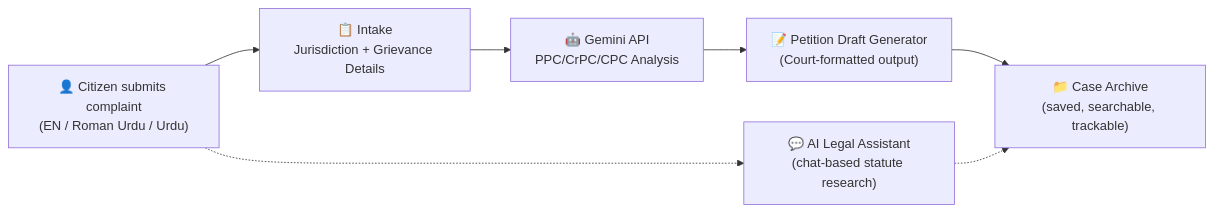
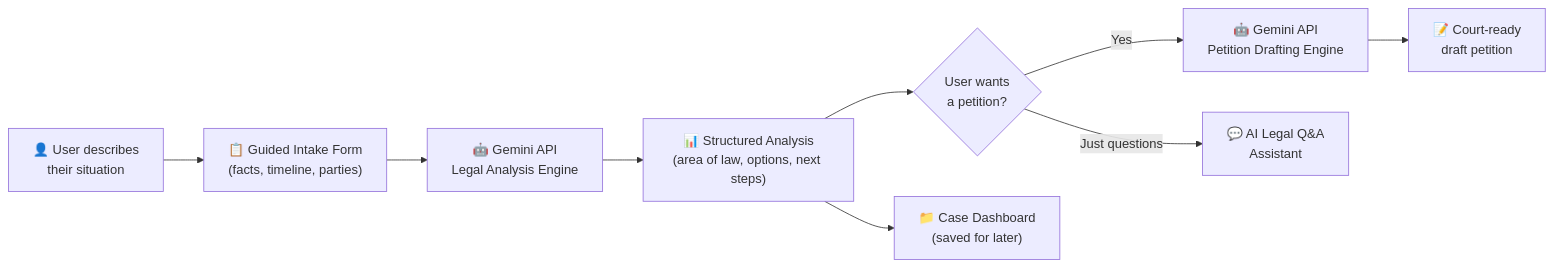
Before and after one commit to alishamaryamhabib777/insaaf-ai: the diagram in README.md, drawn with Mermaid. The commit also changed other lines of this file and 8 other files, not shown here.

````diff
--- a/README.md
+++ b/README.md
@@ -101,9 +97,11 @@
 ```mermaid
 flowchart LR
-    A["👤 Citizen submits complaint\n(EN / Roman Urdu / Urdu)"] --> B["📋 Intake\nJurisdiction + Grievance Details"]
-    B --> C["🤖 Gemini API\nPPC/CrPC/CPC Analysis"]
-    C --> D["📝 Petition Draft Generator\n(Court-formatted output)"]
-    D --> E["📁 Case Archive\n(saved, searchable, trackable)"]
-    A -.-> F["💬 AI Legal Assistant\n(chat-based statute research)"]
-    F -.-> E
+    A["👤 User describes\ntheir situation"] --> B["📋 Guided Intake Form\n(facts, timeline, parties)"]
+    B --> C["🤖 Gemini API\nLegal Analysis Engine"]
+    C --> D["📊 Structured Analysis\n(area of law, options, next steps)"]
+    D --> E{"User wants\na petition?"}
+    E -->|Yes| F["🤖 Gemini API\nPetition Drafting Engine"]
+    F --> G["📝 Court-ready\ndraft petition"]
+    E -->|Just questions| H["💬 AI Legal Q&A\nAssistant"]
+    D --> I["📁 Case Dashboard\n(saved for later)"]
 ```
````
